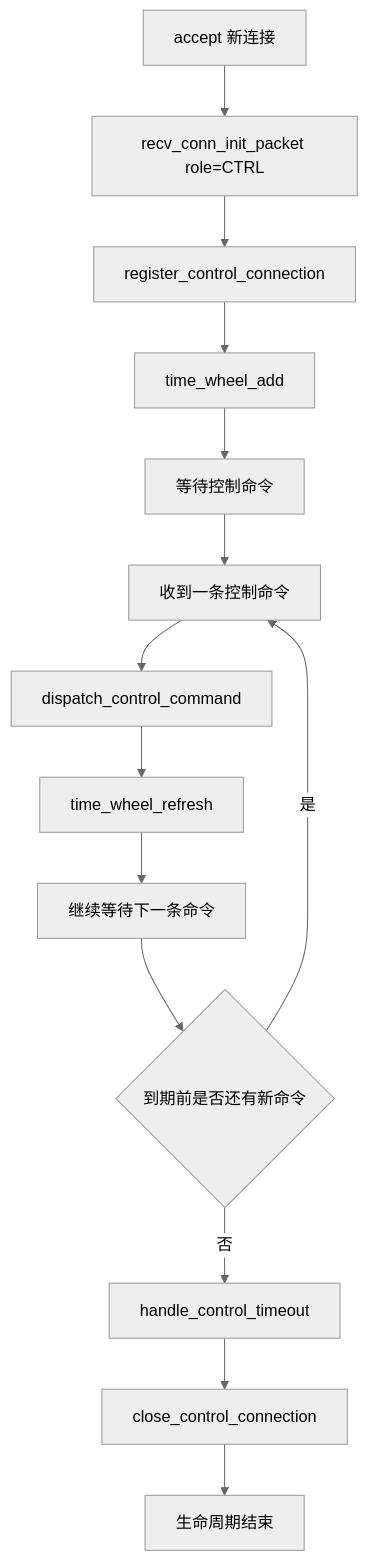
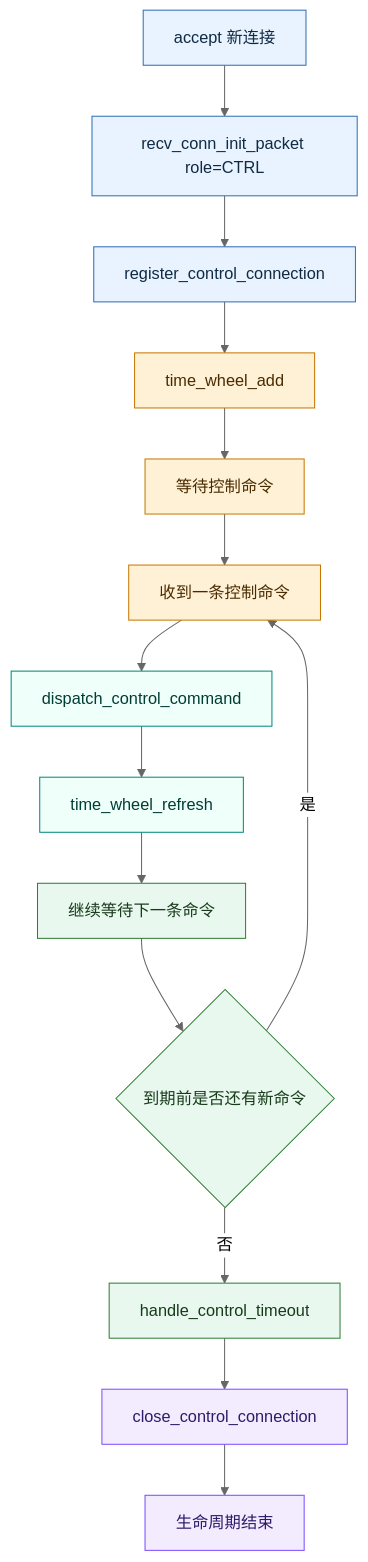
Before and after one commit to panlong-studio/WindCloud_V4: diagram 20 of 20 in docs/V5全流程活动图详解.md, drawn with Mermaid (neutral theme). The commit also changed other lines of this file and 5 other files, not shown here.

````diff
--- a/docs/V5全流程活动图详解.md
+++ b/docs/V5全流程活动图详解.md
@@ -1015,20 +1255,32 @@
 ```mermaid
 flowchart TD
     C0[accept 新连接]
     C1[recv_conn_init_packet role=CTRL]
     C2[register_control_connection]
     C3[time_wheel_add]
     C4[等待控制命令]
     C5[收到一条控制命令]
     C6[dispatch_control_command]
     C7[time_wheel_refresh]
     C8[继续等待下一条命令]
     C9{到期前是否还有新命令}
     C10[handle_control_timeout]
     C11[close_control_connection]
     C12[生命周期结束]
 
     C0 --> C1 --> C2 --> C3 --> C4 --> C5 --> C6 --> C7 --> C8 --> C9
     C9 -- 是 --> C5
     C9 -- 否 --> C10 --> C11 --> C12
+    classDef phase1 fill:#E8F3FF,stroke:#2F6FB6,color:#102A43
+    classDef phase2 fill:#FFF1D6,stroke:#C77700,color:#4A2B00
+    classDef phase3 fill:#EFFFFA,stroke:#00897B,color:#003D35
+    classDef phase4 fill:#E9F8EF,stroke:#2E7D32,color:#173B1A
+    classDef phase5 fill:#F3ECFF,stroke:#7C4DFF,color:#2D1B69
+    classDef fail fill:#FFECEC,stroke:#C62828,color:#4A0D0D
+
+    class C0,C1,C2 phase1
+    class C3,C4,C5 phase2
+    class C6,C7 phase3
+    class C8,C9,C10 phase4
+    class C11,C12 phase5
 ```
````
